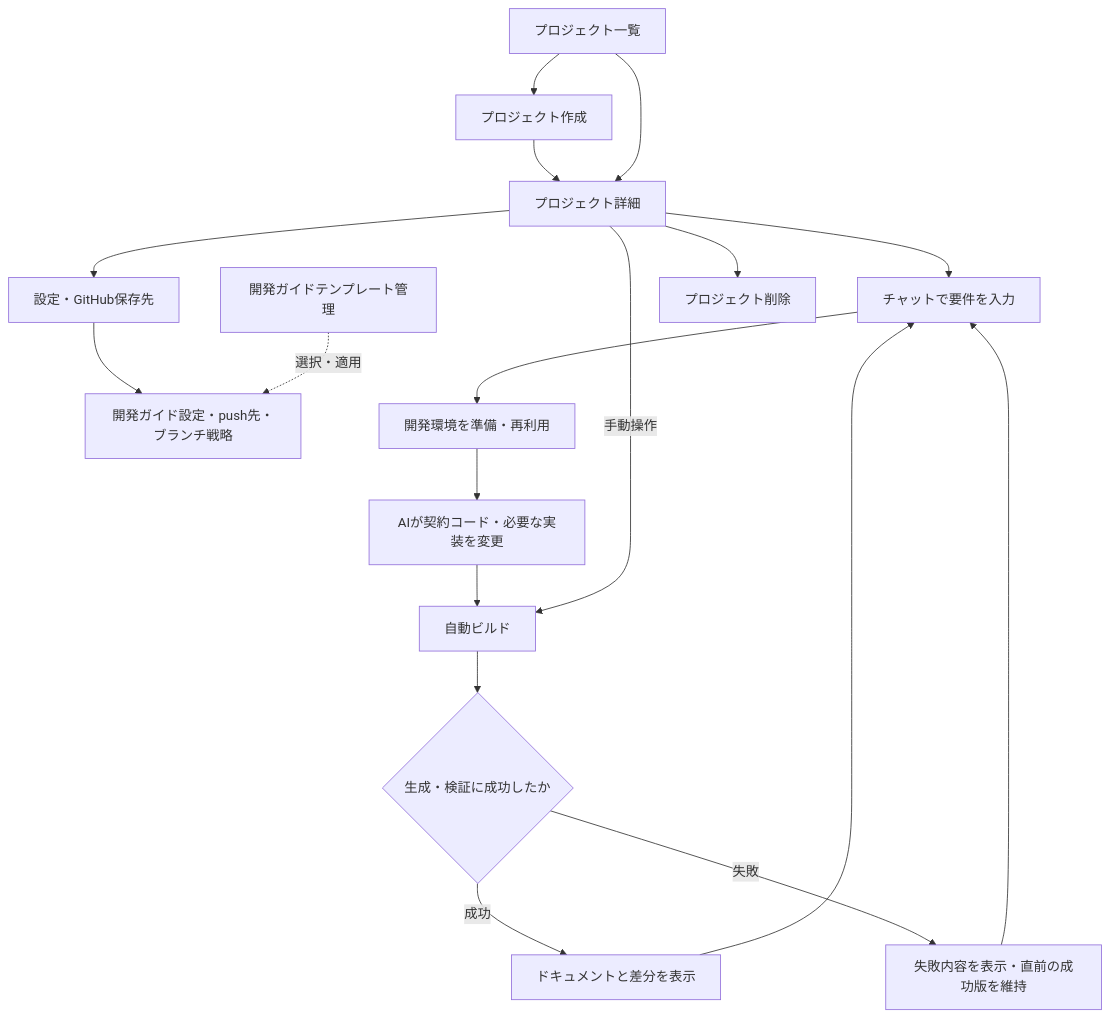
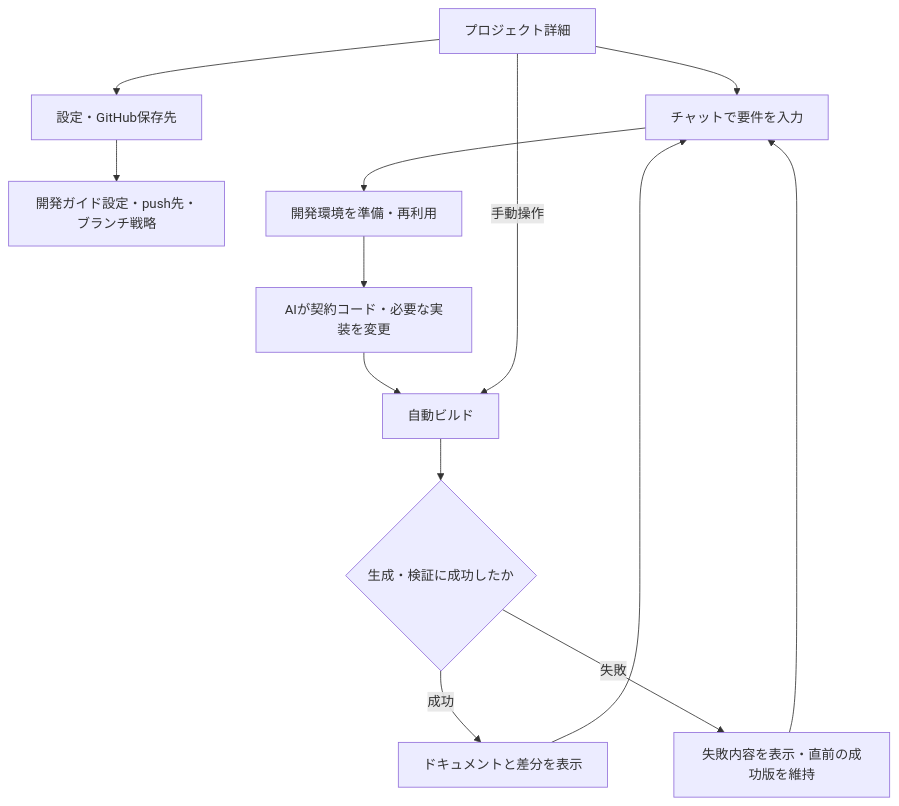
One commit to sasano8/myworkflow changed the diagram in examples/apps/myworkflow_web/README.md. Above: the diagram before and after it, drawn with Mermaid. The commit also changed other lines of this file, not shown here.

````diff
--- a/examples/apps/myworkflow_web/README.md
+++ b/examples/apps/myworkflow_web/README.md
@@ -13,20 +13,16 @@
 ```mermaid
 flowchart TD
-    list[プロジェクト一覧] --> create[プロジェクト作成]
-    create --> detail[プロジェクト詳細]
-    list --> detail
+    detail[プロジェクト詳細]
     detail --> settings[設定・GitHub保存先]
     settings --> guide[開発ガイド設定・push先・ブランチ戦略]
-    templates[開発ガイドテンプレート管理] -. 選択・適用 .-> guide
     detail --> chat[チャットで要件を入力]
     chat --> workspace[開発環境を準備・再利用]
     workspace --> update[AIが契約コード・必要な実装を変更]
     update --> build[自動ビルド]
     detail -->|手動操作| build
     build --> check{生成・検証に成功したか}
     check -->|成功| preview[ドキュメントと差分を表示]
     check -->|失敗| failure[失敗内容を表示・直前の成功版を維持]
     preview --> chat
     failure --> chat
-    detail --> remove[プロジェクト削除]
 ```
````
